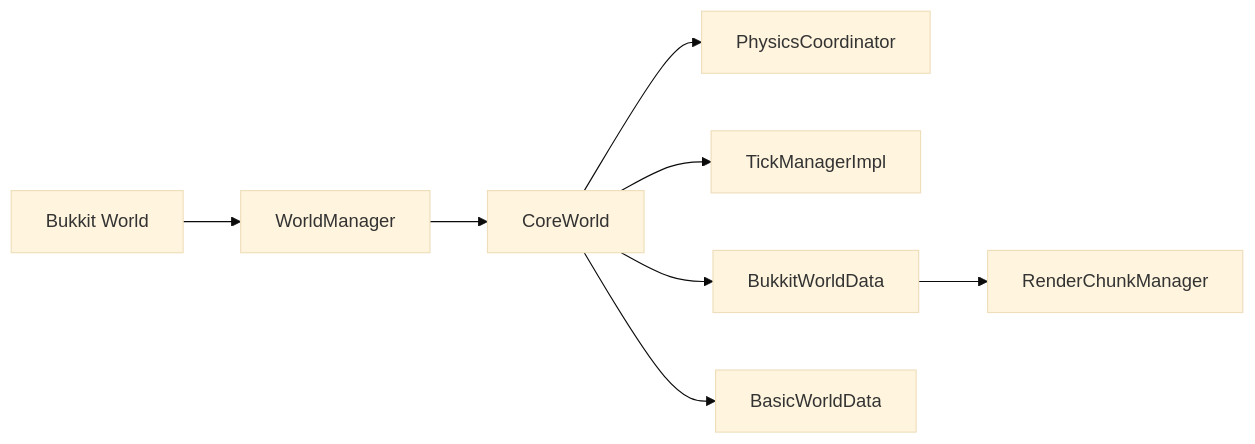
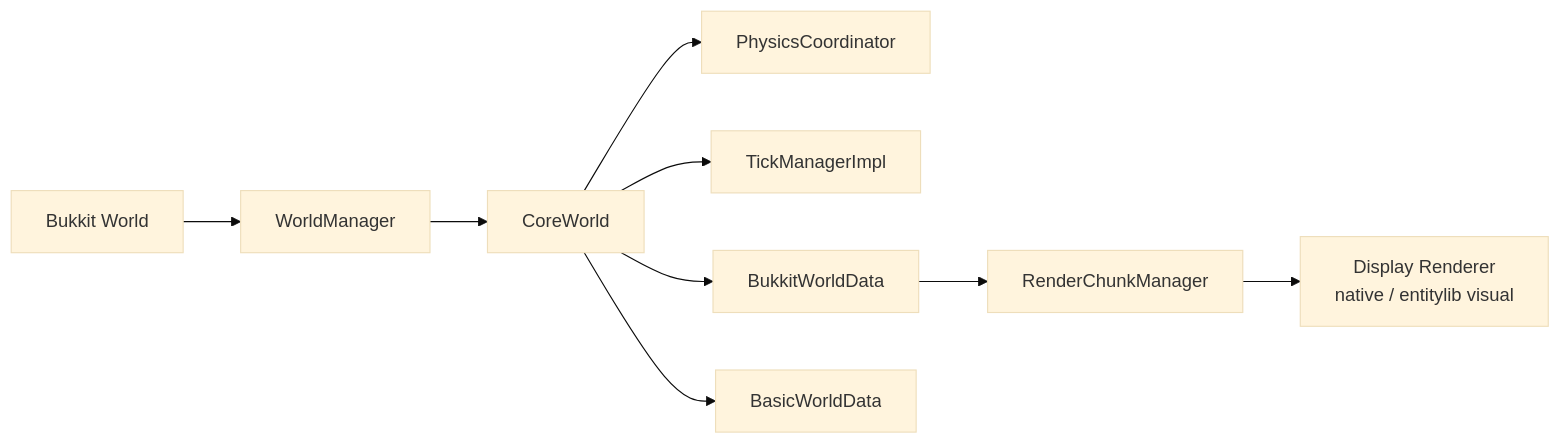
Before and after one commit to i-Moril/JavaRailways: the second of 2 diagrams in docs/architecture/overview.md, drawn with Mermaid (base theme). The commit also changed other lines of this file and 4 other files, not shown here.

Commit message:
Document selectable display rendering architecture

````diff
--- a/docs/architecture/overview.md
+++ b/docs/architecture/overview.md
@@ -51,10 +52,11 @@
 ```mermaid
 flowchart LR
     BW[Bukkit World] --> WM[WorldManager]
     WM --> CW[CoreWorld]
     CW --> PC[PhysicsCoordinator]
     CW --> TM[TickManagerImpl]
     CW --> BWD[BukkitWorldData]
     CW --> BasicWD[BasicWorldData]
     BWD --> RCM[RenderChunkManager]
+    RCM --> DR[Display Renderer\nnative / entitylib visual]
 ```
````
